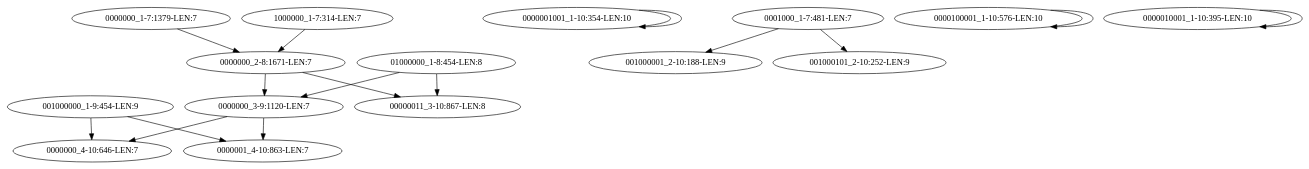
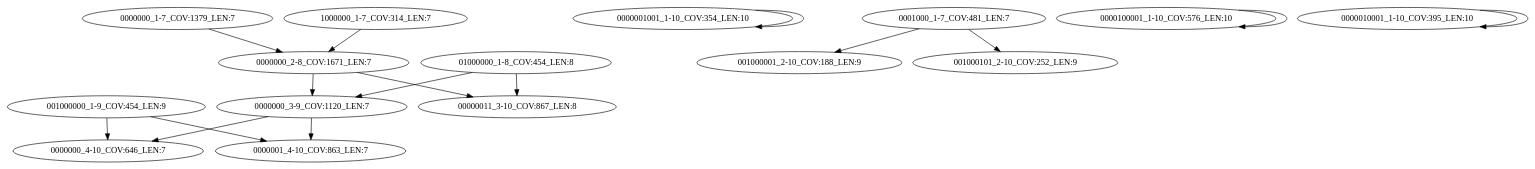
Before and after one commit to bluenote-1577/devider-test: the diagram in amr_snaketest/results/MEG_4395xxDrugsxxbetalactamsxxClass_D_betalactamasesxxOXA_dbghaplo/intermediate/tips_removed_round2.dot, drawn with Graphviz. The commit also changed 3998 other files, not shown here.

```diff
--- a/amr_snaketest/results/MEG_4395xxDrugsxxbetalactamsxxClass_D_betalactamasesxxOXA_dbghaplo/intermediate/tips_removed_round2.dot
+++ b/amr_snaketest/results/MEG_4395xxDrugsxxbetalactamsxxClass_D_betalactamasesxxOXA_dbghaplo/intermediate/tips_removed_round2.dot
@@ -1,17 +1,17 @@
 digraph G {
-    "0000000_1-7:1379-LEN:7" -> "0000000_2-8:1671-LEN:7";
-    "0000000_3-9:1120-LEN:7" -> "0000000_4-10:646-LEN:7";
-    "0000000_3-9:1120-LEN:7" -> "0000001_4-10:863-LEN:7";
-    "0000001001_1-10:354-LEN:10" -> "0000001001_1-10:354-LEN:10";
-    "0001000_1-7:481-LEN:7" -> "001000001_2-10:188-LEN:9";
-    "0001000_1-7:481-LEN:7" -> "001000101_2-10:252-LEN:9";
-    "01000000_1-8:454-LEN:8" -> "0000000_3-9:1120-LEN:7";
-    "01000000_1-8:454-LEN:8" -> "00000011_3-10:867-LEN:8";
-    "0000000_2-8:1671-LEN:7" -> "0000000_3-9:1120-LEN:7";
-    "0000000_2-8:1671-LEN:7" -> "00000011_3-10:867-LEN:8";
-    "0000100001_1-10:576-LEN:10" -> "0000100001_1-10:576-LEN:10";
-    "001000000_1-9:454-LEN:9" -> "0000000_4-10:646-LEN:7";
-    "001000000_1-9:454-LEN:9" -> "0000001_4-10:863-LEN:7";
-    "0000010001_1-10:395-LEN:10" -> "0000010001_1-10:395-LEN:10";
-    "1000000_1-7:314-LEN:7" -> "0000000_2-8:1671-LEN:7";
+    "0000000_1-7_COV:1379_LEN:7" -> "0000000_2-8_COV:1671_LEN:7";
+    "0000000_3-9_COV:1120_LEN:7" -> "0000000_4-10_COV:646_LEN:7";
+    "0000000_3-9_COV:1120_LEN:7" -> "0000001_4-10_COV:863_LEN:7";
+    "0000001001_1-10_COV:354_LEN:10" -> "0000001001_1-10_COV:354_LEN:10";
+    "0001000_1-7_COV:481_LEN:7" -> "001000001_2-10_COV:188_LEN:9";
+    "0001000_1-7_COV:481_LEN:7" -> "001000101_2-10_COV:252_LEN:9";
+    "01000000_1-8_COV:454_LEN:8" -> "0000000_3-9_COV:1120_LEN:7";
+    "01000000_1-8_COV:454_LEN:8" -> "00000011_3-10_COV:867_LEN:8";
+    "0000000_2-8_COV:1671_LEN:7" -> "0000000_3-9_COV:1120_LEN:7";
+    "0000000_2-8_COV:1671_LEN:7" -> "00000011_3-10_COV:867_LEN:8";
+    "0000100001_1-10_COV:576_LEN:10" -> "0000100001_1-10_COV:576_LEN:10";
+    "001000000_1-9_COV:454_LEN:9" -> "0000000_4-10_COV:646_LEN:7";
+    "001000000_1-9_COV:454_LEN:9" -> "0000001_4-10_COV:863_LEN:7";
+    "0000010001_1-10_COV:395_LEN:10" -> "0000010001_1-10_COV:395_LEN:10";
+    "1000000_1-7_COV:314_LEN:7" -> "0000000_2-8_COV:1671_LEN:7";
 }
```
